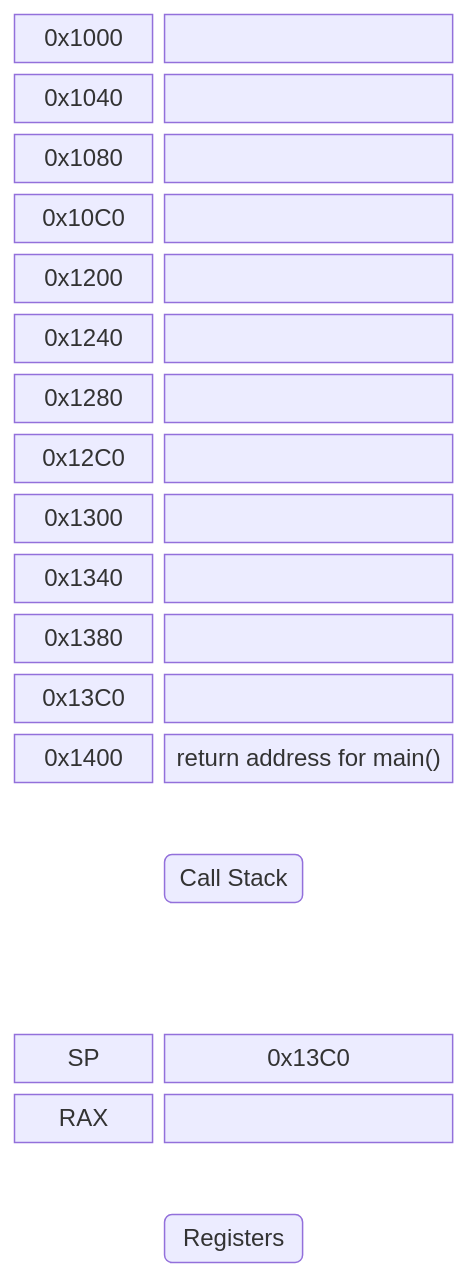
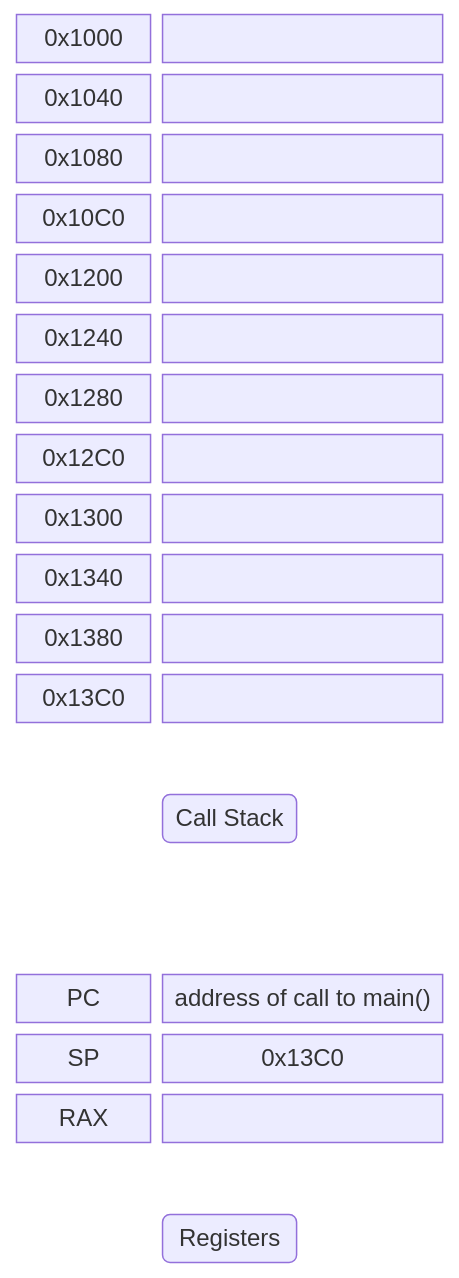
Before and after one commit to GlennVL-AP/cpp-programming-slides: the second of 19 diagrams in slides/session_6/index.md, drawn with Mermaid. The commit also changed other lines of this file, not shown here.

Commit message:
add program counter to call stack example

````diff
--- a/slides/session_6/index.md
+++ b/slides/session_6/index.md
@@ -680,40 +680,40 @@
 ```mermaid
 block-beta
   columns 3
   addr1["0x1000"]:1
   frame1[" "]:2
   addr2["0x1040"]:1
   frame2[" "]:2
   addr3["0x1080"]:1
   frame3[" "]:2
   addr4["0x10C0"]:1
   frame4[" "]:2
   addr5["0x1200"]:1
   frame5[" "]:2
   addr6["0x1240"]:1
   frame6[" "]:2
   addr7["0x1280"]:1
   frame7[" "]:2
   addr8["0x12C0"]:1
   frame8[" "]:2
   addr9["0x1300"]:1
   frame9[" "]:2
   addr10["0x1340"]:1
   frame10[" "]:2
   addr11["0x1380"]:1
   frame11[" "]:2
   addr12["0x13C0"]:1
   frame12[" "]:2
-  addr13["0x1400"]:1
-  frame13["return address for main()"]:2
   space:3
   space callstack("Call Stack") space
   space:3
   space:3
-  reg1["SP"]:1
-  regval1["0x13C0"]:2
-  reg2["RAX"]:1
-  regval2[" "]:2
+  reg1["PC"]:1
+  regval1["address of call to main()"]:2
+  reg2["SP"]:1
+  regval2["0x13C0"]:2
+  reg3["RAX"]:1
+  regval3[" "]:2
   space:3
   space registers("Registers") space
 ```
````
